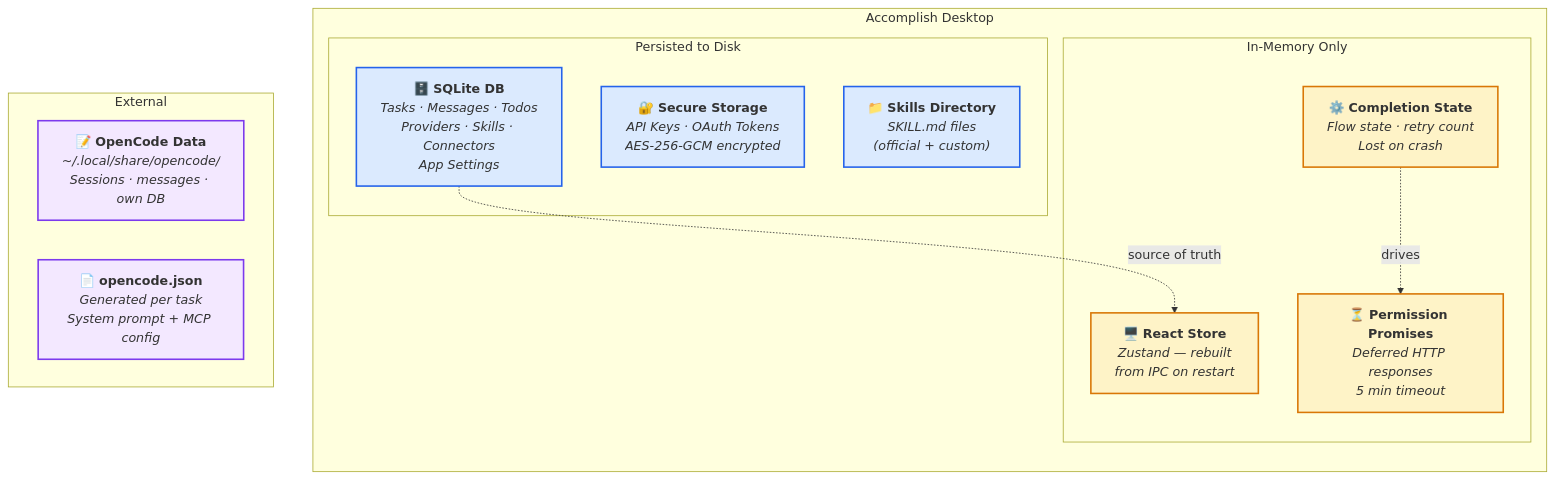
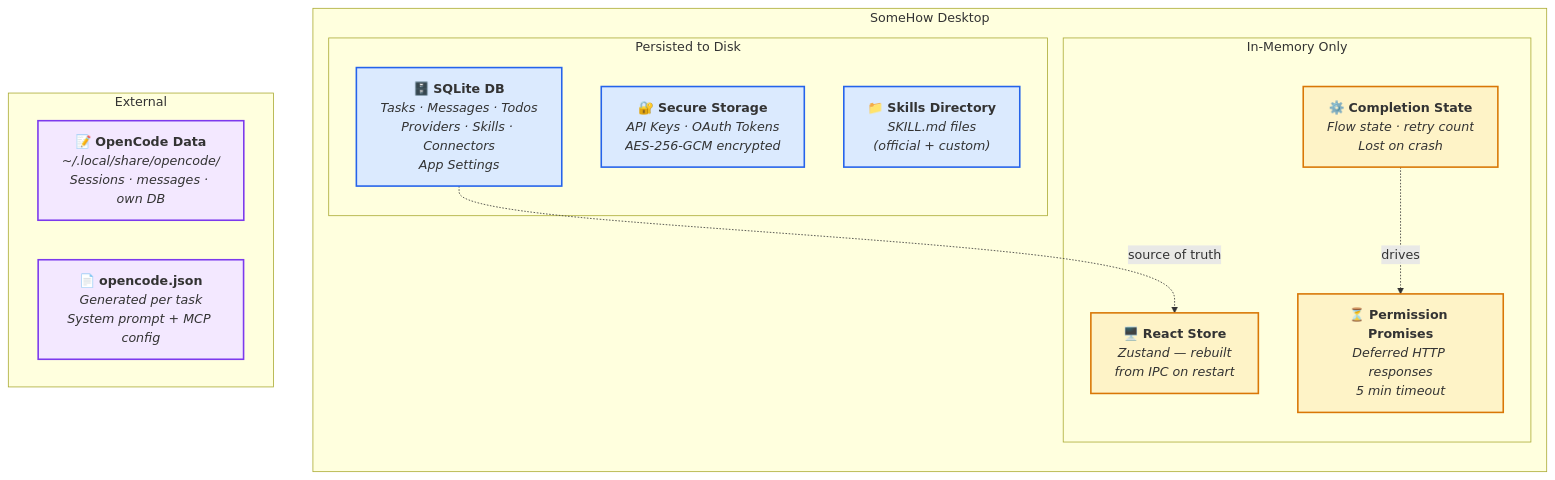
One commit to its-harshit/openplish changed the first of 6 diagrams in docs/information-viewpoint-slides.md. Above: the diagram before and after it, drawn with Mermaid. The commit also changed 148 other files, not shown here.

````diff
--- a/docs/information-viewpoint-slides.md
+++ b/docs/information-viewpoint-slides.md
@@ -10,33 +10,33 @@
 ```mermaid
 graph TB
-  subgraph APP["Accomplish Desktop"]
+  subgraph APP["SomeHow Desktop"]
     direction TB
     subgraph PERSIST["Persisted to Disk"]
       DB["🗄️ <b>SQLite DB</b><br/><i>Tasks · Messages · Todos<br/>Providers · Skills · Connectors<br/>App Settings</i>"]
       SEC["🔐 <b>Secure Storage</b><br/><i>API Keys · OAuth Tokens<br/>AES-256-GCM encrypted</i>"]
       SKILLS_FS["📁 <b>Skills Directory</b><br/><i>SKILL.md files<br/>(official + custom)</i>"]
     end
 
     subgraph EPHEMERAL["In-Memory Only"]
       CE["⚙️ <b>Completion State</b><br/><i>Flow state · retry count<br/>Lost on crash</i>"]
       PERM["⏳ <b>Permission Promises</b><br/><i>Deferred HTTP responses<br/>5 min timeout</i>"]
       UI_STATE["🖥️ <b>React Store</b><br/><i>Zustand — rebuilt<br/>from IPC on restart</i>"]
     end
   end
 
   subgraph EXTERNAL["External"]
     OC_SESS["📝 <b>OpenCode Data</b><br/><i>~/.local/share/opencode/<br/>Sessions · messages · own DB</i>"]
     CONFIG["📄 <b>opencode.json</b><br/><i>Generated per task<br/>System prompt + MCP config</i>"]
   end
 
   DB -.->|"source of truth"| UI_STATE
   CE -.->|"drives"| PERM
 
   classDef persist fill:#dbeafe,stroke:#2563eb,stroke-width:2px
   classDef ephemeral fill:#fef3c7,stroke:#d97706,stroke-width:2px
   classDef ext fill:#f3e8ff,stroke:#7c3aed,stroke-width:2px
 
   class DB,SEC,SKILLS_FS persist
   class CE,PERM,UI_STATE ephemeral
   class OC_SESS,CONFIG ext
 ```
````
